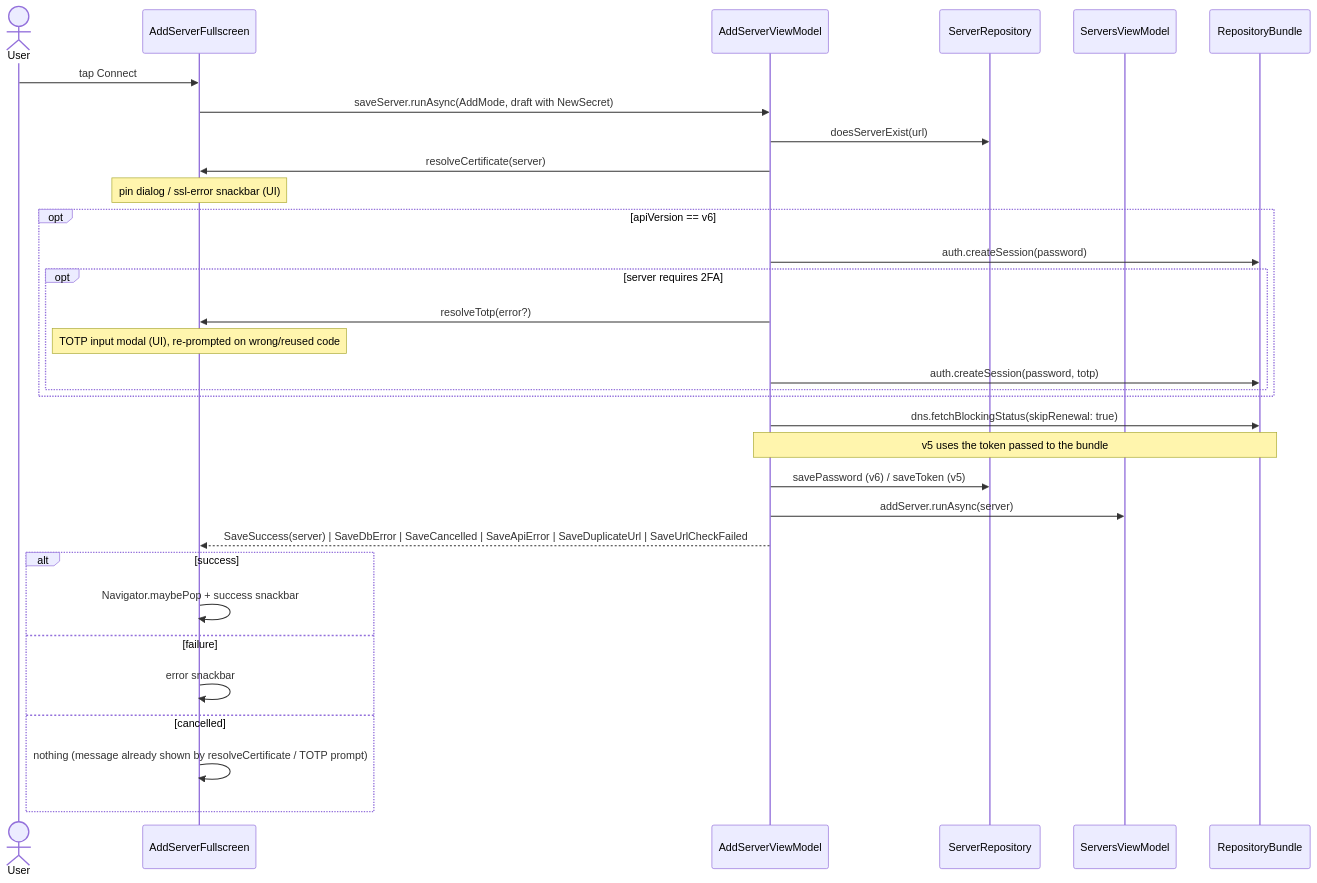
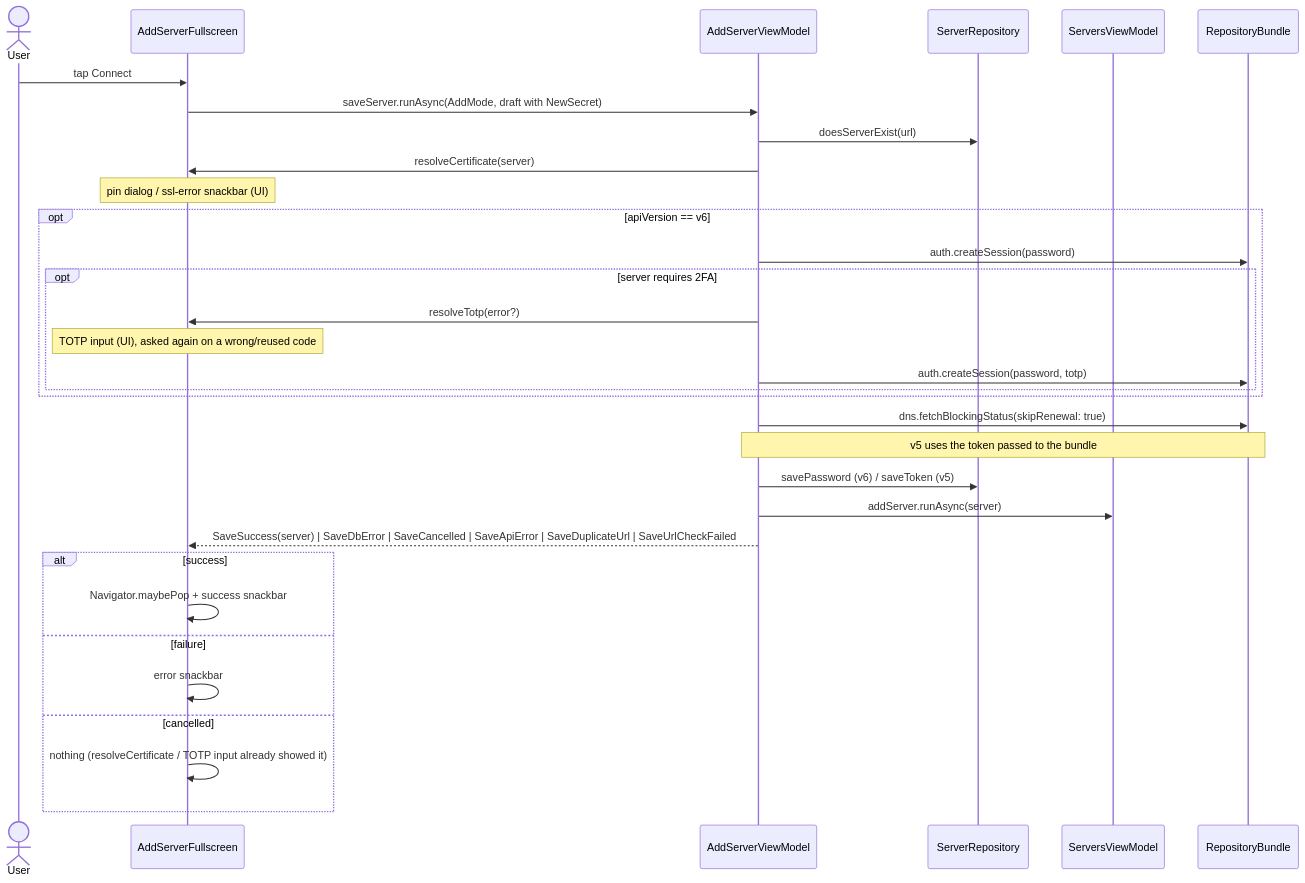
Before and after one commit to tsutsu3/pi-hole-client: the seventh of 8 diagrams in docs/server-connection-flow.md, drawn with Mermaid. The commit also changed other lines of this file and 32 other files, not shown here.

````diff
--- a/docs/server-connection-flow.md
+++ b/docs/server-connection-flow.md
@@ -271,35 +245,35 @@
 ```mermaid
 sequenceDiagram
   actor U as User
   participant W as AddServerFullscreen
   participant VM as AddServerViewModel
   participant SR as ServerRepository
   participant SV as ServersViewModel
   participant B as RepositoryBundle
 
   U->>W: tap Connect
   W->>VM: saveServer.runAsync(AddMode, draft with NewSecret)
   VM->>SR: doesServerExist(url)
   VM->>W: resolveCertificate(server)
   Note over W: pin dialog / ssl-error snackbar (UI)
   opt apiVersion == v6
     VM->>B: auth.createSession(password)
     opt server requires 2FA
       VM->>W: resolveTotp(error?)
-      Note over W: TOTP input modal (UI), re-prompted on wrong/reused code
+      Note over W: TOTP input (UI), asked again on a wrong/reused code
       VM->>B: auth.createSession(password, totp)
     end
   end
   VM->>B: dns.fetchBlockingStatus(skipRenewal: true)
   Note over VM,B: v5 uses the token passed to the bundle
   VM->>SR: savePassword (v6) / saveToken (v5)
   VM->>SV: addServer.runAsync(server)
   VM-->>W: SaveSuccess(server) | SaveDbError | SaveCancelled | SaveApiError | SaveDuplicateUrl | SaveUrlCheckFailed
   alt success
     W->>W: Navigator.maybePop + success snackbar
   else failure
     W->>W: error snackbar
   else cancelled
-    W->>W: nothing (message already shown by resolveCertificate / TOTP prompt)
+    W->>W: nothing (resolveCertificate / TOTP input already showed it)
   end
 ```
````
